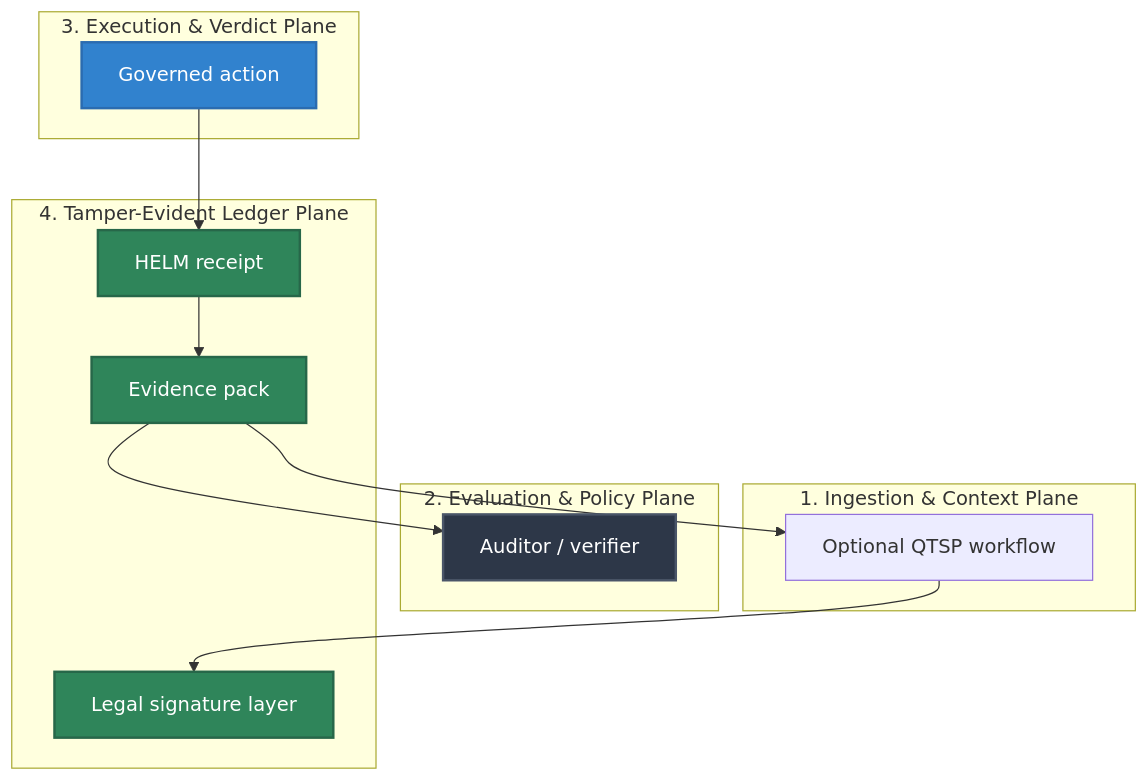
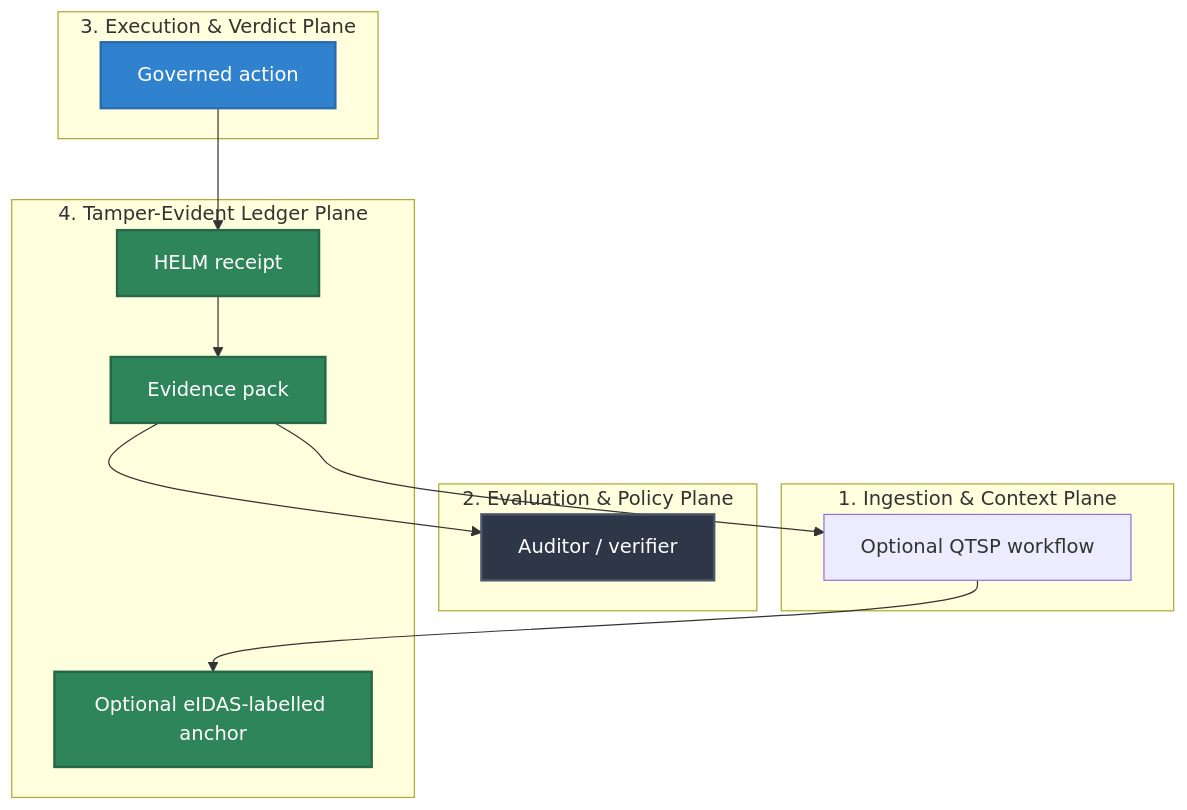
The diagram in docs/architecture/eidas-qtsp.md (Mindburn-Labs/helm-ai-kernel), drawn with Mermaid before and after one commit. The commit also changed other lines of this file and 3 other files, not shown here.

````diff
--- a/docs/architecture/eidas-qtsp.md
+++ b/docs/architecture/eidas-qtsp.md
@@ -207,34 +150,34 @@
 ```mermaid
 flowchart TD
     subgraph Ingestion["1. Ingestion & Context Plane"]
         qtsp["Optional QTSP workflow"]
     end
 
     subgraph Evaluation["2. Evaluation & Policy Plane"]
         auditor["Auditor / verifier"]
     end
 
     subgraph Execution["3. Execution & Verdict Plane"]
         action["Governed action"]
     end
 
     subgraph Ledger["4. Tamper-Evident Ledger Plane"]
         receipt["HELM receipt"]
         evidence["Evidence pack"]
-        legal["Legal signature layer"]
+        legal["Optional eIDAS-labelled anchor"]
     end
 
     %% Operational Flow Edges
     action --> receipt
     receipt --> evidence
     evidence --> auditor
     evidence --> qtsp
     qtsp --> legal
 
     %% Premium Styling Rules
     style action fill:#3182ce,stroke:#2b6cb0,stroke-width:2px,color:#fff
     style receipt fill:#2f855a,stroke:#276749,stroke-width:2px,color:#fff
     style evidence fill:#2f855a,stroke:#276749,stroke-width:2px,color:#fff
     style auditor fill:#2d3748,stroke:#4a5568,stroke-width:2px,color:#fff
     style legal fill:#2f855a,stroke:#276749,stroke-width:2px,color:#fff
 ```
````
